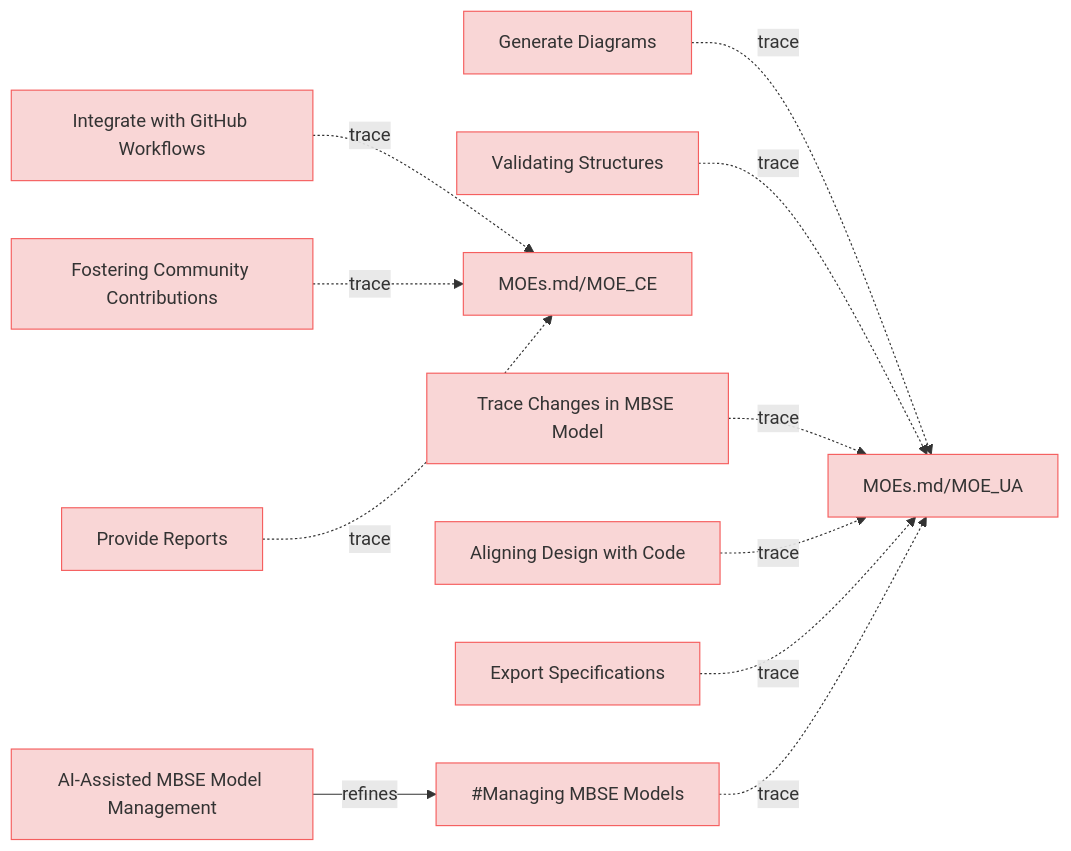
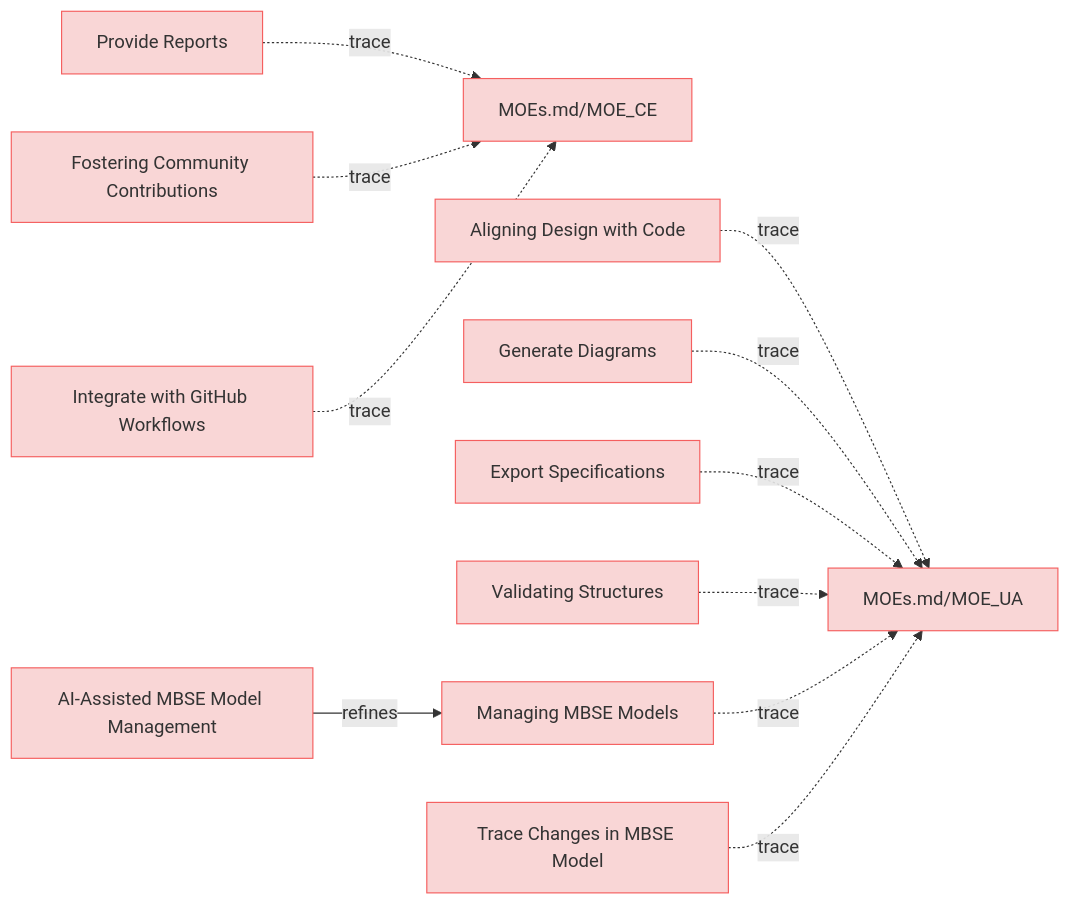
Before and after one commit to reqvire-org/reqvire: the diagram in specifications/UserStories.md, drawn with Mermaid. The commit also changed 21 other files, not shown here.

````diff
--- a/specifications/UserStories.md
+++ b/specifications/UserStories.md
@@ -12,55 +12,55 @@
 ```mermaid
 graph LR;
   %% Graph styling
   classDef requirement fill:#f9d6d6,stroke:#f55f5f,stroke-width:1px;
   classDef verification fill:#d6f9d6,stroke:#5fd75f,stroke-width:1px;
   classDef externalLink fill:#d0e0ff,stroke:#3080ff,stroke-width:1px;
   classDef default fill:#f5f5f5,stroke:#333333,stroke-width:1px;
 
-  86153e8e478c5ae5["AI-Assisted MBSE Model Management"];
-  click 86153e8e478c5ae5 "https://github.com/ilijaljubicic/Reqvire/blob/8a68ca1eab81bac7964085e47777a0a92447c6a5/specifications/UserStories.md#ai-assisted-mbse-model-management";
-  class 86153e8e478c5ae5 requirement;
-  1902659ed14c4615["#Managing MBSE Models"];
-  class 1902659ed14c4615 requirement;
-  click 1902659ed14c4615 "https://github.com/ilijaljubicic/Reqvire/blob/8a68ca1eab81bac7964085e47777a0a92447c6a5/specifications/UserStories.md#managing-mbse-models";
-  86153e8e478c5ae5 -->|refines| 1902659ed14c4615;
-  ab3c35050243abb3["Generate Diagrams"];
-  click ab3c35050243abb3 "https://github.com/ilijaljubicic/Reqvire/blob/8a68ca1eab81bac7964085e47777a0a92447c6a5/specifications/UserStories.md#generate-diagrams";
-  class ab3c35050243abb3 requirement;
-  bd8b46053261f1d0["MOEs.md/MOE_UA"];
-  class bd8b46053261f1d0 requirement;
-  click bd8b46053261f1d0 "https://github.com/ilijaljubicic/Reqvire/blob/8a68ca1eab81bac7964085e47777a0a92447c6a5/specifications/MOEs.md#moe_ua";
-  ab3c35050243abb3 -.->|trace| bd8b46053261f1d0;
-  dfb5ca2ca89e0152["Integrate with GitHub Workflows"];
-  click dfb5ca2ca89e0152 "https://github.com/ilijaljubicic/Reqvire/blob/8a68ca1eab81bac7964085e47777a0a92447c6a5/specifications/UserStories.md#integrate-with-github-workflows";
-  class dfb5ca2ca89e0152 requirement;
-  a7b946053261f1d0["MOEs.md/MOE_CE"];
-  class a7b946053261f1d0 requirement;
-  click a7b946053261f1d0 "https://github.com/ilijaljubicic/Reqvire/blob/8a68ca1eab81bac7964085e47777a0a92447c6a5/specifications/MOEs.md#moe_ce";
-  dfb5ca2ca89e0152 -.->|trace| a7b946053261f1d0;
-  e411816051b86f1c["Validating Structures"];
-  click e411816051b86f1c "https://github.com/ilijaljubicic/Reqvire/blob/8a68ca1eab81bac7964085e47777a0a92447c6a5/specifications/UserStories.md#validating-structures";
-  class e411816051b86f1c requirement;
-  e411816051b86f1c -.->|trace| bd8b46053261f1d0;
-  c99ffeebd04e23f["Trace Changes in MBSE Model"];
-  click c99ffeebd04e23f "https://github.com/ilijaljubicic/Reqvire/blob/8a68ca1eab81bac7964085e47777a0a92447c6a5/specifications/UserStories.md#trace-changes-in-mbse-model";
-  class c99ffeebd04e23f requirement;
-  c99ffeebd04e23f -.->|trace| bd8b46053261f1d0;
-  3aa9c1e4906c1b45["Aligning Design with Code"];
-  click 3aa9c1e4906c1b45 "https://github.com/ilijaljubicic/Reqvire/blob/8a68ca1eab81bac7964085e47777a0a92447c6a5/specifications/UserStories.md#aligning-design-with-code";
-  class 3aa9c1e4906c1b45 requirement;
-  3aa9c1e4906c1b45 -.->|trace| bd8b46053261f1d0;
-  eba099aa902aa2f9["Fostering Community Contributions"];
-  click eba099aa902aa2f9 "https://github.com/ilijaljubicic/Reqvire/blob/8a68ca1eab81bac7964085e47777a0a92447c6a5/specifications/UserStories.md#fostering-community-contributions";
-  class eba099aa902aa2f9 requirement;
-  eba099aa902aa2f9 -.->|trace| a7b946053261f1d0;
-  69208127f6580b16["Provide Reports"];
-  click 69208127f6580b16 "https://github.com/ilijaljubicic/Reqvire/blob/8a68ca1eab81bac7964085e47777a0a92447c6a5/specifications/UserStories.md#provide-reports";
-  class 69208127f6580b16 requirement;
-  69208127f6580b16 -.->|trace| a7b946053261f1d0;
-  53d8b873d743e94["Export Specifications"];
-  click 53d8b873d743e94 "https://github.com/ilijaljubicic/Reqvire/blob/8a68ca1eab81bac7964085e47777a0a92447c6a5/specifications/UserStories.md#export-specifications";
-  class 53d8b873d743e94 requirement;
-  53d8b873d743e94 -.->|trace| bd8b46053261f1d0;
-  1902659ed14c4615 -.->|trace| bd8b46053261f1d0;
+  9cb6618c17d19a11["Provide Reports"];
+  click 9cb6618c17d19a11 "https://github.com/Reqvire/reqvire/blob/f18e52f9f88c64f67a79abc4e93eb74b3ec22615/specifications/UserStories.md#provide-reports";
+  class 9cb6618c17d19a11 requirement;
+  ac59f565725d5e41["MOEs.md/MOE_CE"];
+  class ac59f565725d5e41 requirement;
+  click ac59f565725d5e41 "https://github.com/Reqvire/reqvire/blob/f18e52f9f88c64f67a79abc4e93eb74b3ec22615/specifications/MOEs.md#moe_ce";
+  9cb6618c17d19a11 -.->|trace| ac59f565725d5e41;
+  a9bc74070fc71e6d["Aligning Design with Code"];
+  click a9bc74070fc71e6d "https://github.com/Reqvire/reqvire/blob/f18e52f9f88c64f67a79abc4e93eb74b3ec22615/specifications/UserStories.md#aligning-design-with-code";
+  class a9bc74070fc71e6d requirement;
+  6c33f565725d5e41["MOEs.md/MOE_UA"];
+  class 6c33f565725d5e41 requirement;
+  click 6c33f565725d5e41 "https://github.com/Reqvire/reqvire/blob/f18e52f9f88c64f67a79abc4e93eb74b3ec22615/specifications/MOEs.md#moe_ua";
+  a9bc74070fc71e6d -.->|trace| 6c33f565725d5e41;
+  b7a255ea304a325e["Fostering Community Contributions"];
+  click b7a255ea304a325e "https://github.com/Reqvire/reqvire/blob/f18e52f9f88c64f67a79abc4e93eb74b3ec22615/specifications/UserStories.md#fostering-community-contributions";
+  class b7a255ea304a325e requirement;
+  b7a255ea304a325e -.->|trace| ac59f565725d5e41;
+  694c4bb24b10f0c7["Generate Diagrams"];
+  click 694c4bb24b10f0c7 "https://github.com/Reqvire/reqvire/blob/f18e52f9f88c64f67a79abc4e93eb74b3ec22615/specifications/UserStories.md#generate-diagrams";
+  class 694c4bb24b10f0c7 requirement;
+  694c4bb24b10f0c7 -.->|trace| 6c33f565725d5e41;
+  3bb2096c4648e3ff["Export Specifications"];
+  click 3bb2096c4648e3ff "https://github.com/Reqvire/reqvire/blob/f18e52f9f88c64f67a79abc4e93eb74b3ec22615/specifications/UserStories.md#export-specifications";
+  class 3bb2096c4648e3ff requirement;
+  3bb2096c4648e3ff -.->|trace| 6c33f565725d5e41;
+  1563f8454019c887["Integrate with GitHub Workflows"];
+  click 1563f8454019c887 "https://github.com/Reqvire/reqvire/blob/f18e52f9f88c64f67a79abc4e93eb74b3ec22615/specifications/UserStories.md#integrate-with-github-workflows";
+  class 1563f8454019c887 requirement;
+  1563f8454019c887 -.->|trace| ac59f565725d5e41;
+  a0f9571f6563d9d3["Validating Structures"];
+  click a0f9571f6563d9d3 "https://github.com/Reqvire/reqvire/blob/f18e52f9f88c64f67a79abc4e93eb74b3ec22615/specifications/UserStories.md#validating-structures";
+  class a0f9571f6563d9d3 requirement;
+  a0f9571f6563d9d3 -.->|trace| 6c33f565725d5e41;
+  c75ac8fa29479ca5["Managing MBSE Models"];
+  click c75ac8fa29479ca5 "https://github.com/Reqvire/reqvire/blob/f18e52f9f88c64f67a79abc4e93eb74b3ec22615/specifications/UserStories.md#managing-mbse-models";
+  class c75ac8fa29479ca5 requirement;
+  c75ac8fa29479ca5 -.->|trace| 6c33f565725d5e41;
+  8fc677b7413bb247["AI-Assisted MBSE Model Management"];
+  click 8fc677b7413bb247 "https://github.com/Reqvire/reqvire/blob/f18e52f9f88c64f67a79abc4e93eb74b3ec22615/specifications/UserStories.md#ai-assisted-mbse-model-management";
+  class 8fc677b7413bb247 requirement;
+  8fc677b7413bb247 -->|refines| c75ac8fa29479ca5;
+  2591b90e1fb90daa["Trace Changes in MBSE Model"];
+  click 2591b90e1fb90daa "https://github.com/Reqvire/reqvire/blob/f18e52f9f88c64f67a79abc4e93eb74b3ec22615/specifications/UserStories.md#trace-changes-in-mbse-model";
+  class 2591b90e1fb90daa requirement;
+  2591b90e1fb90daa -.->|trace| 6c33f565725d5e41;
 ```
````
